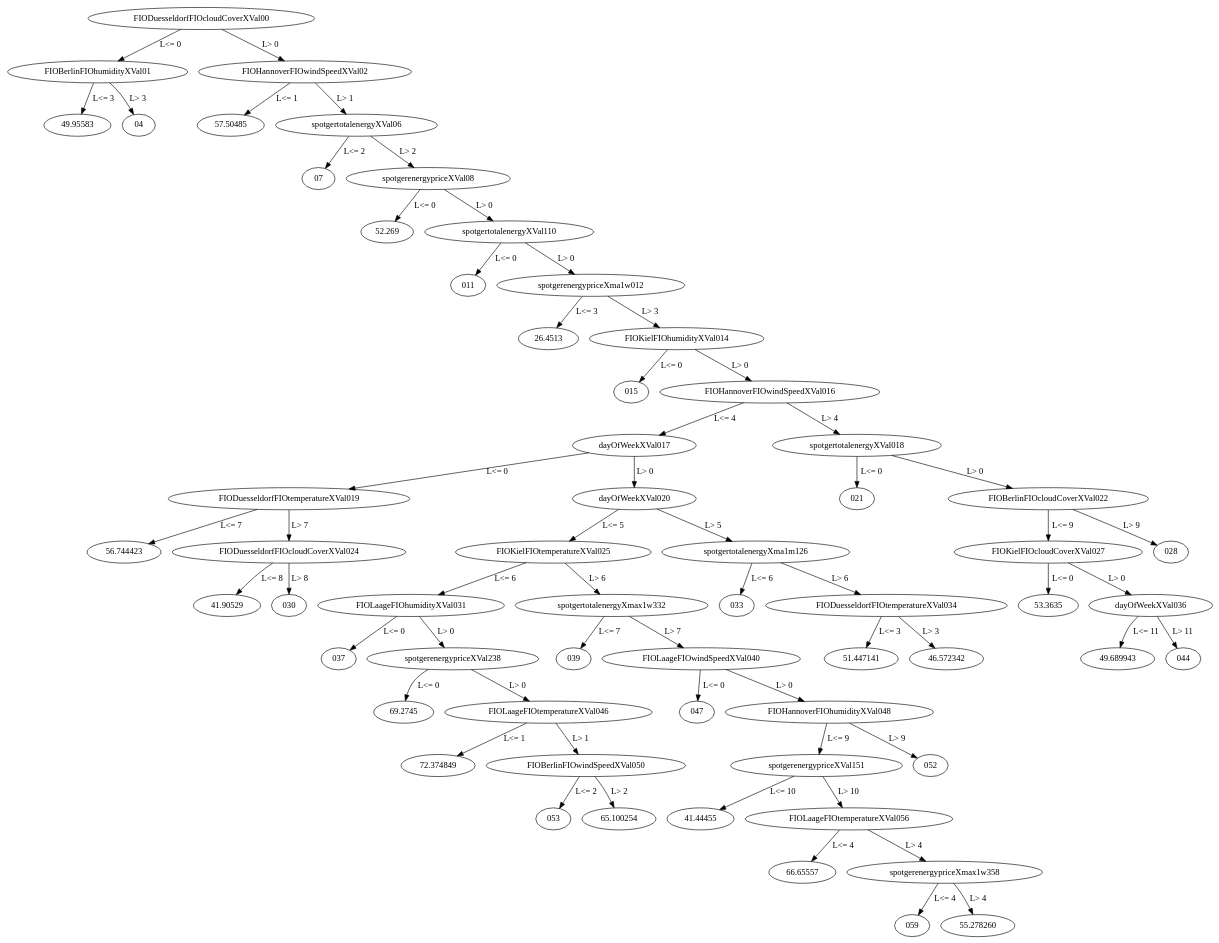
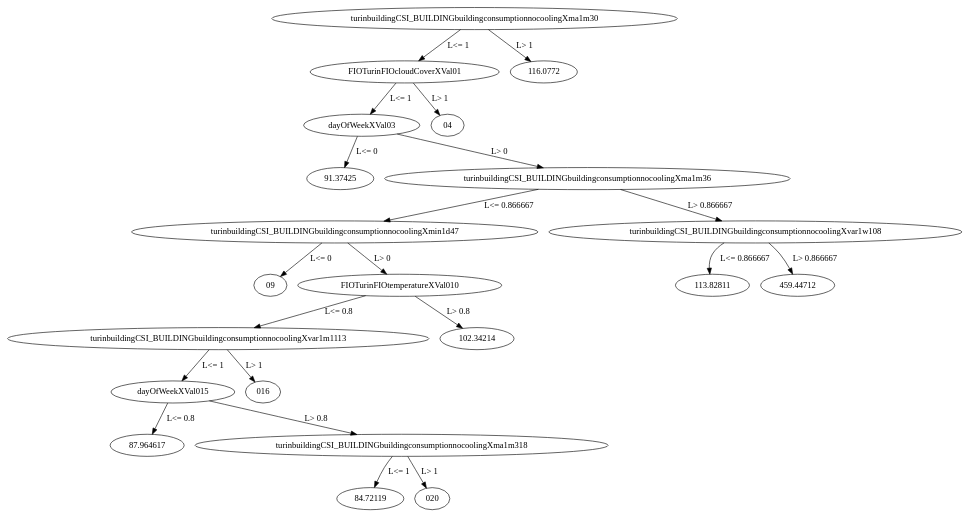
The diagram in sandbox/ht-21.gv (klemenkenda/nrg4mine), drawn with Graphviz before and after one commit. The commit also changed 33 other files, not shown here.

```diff
--- a/sandbox/ht-21.gv
+++ b/sandbox/ht-21.gv
@@ -1,62 +1,22 @@
 digraph dt_fig {
-	FIODuesseldorfFIOcloudCoverXVal00 -> FIOBerlinFIOhumidityXVal01 [label="L<= 0"];
-	FIODuesseldorfFIOcloudCoverXVal00 -> FIOHannoverFIOwindSpeedXVal02 [label="L> 0"];
-	FIOBerlinFIOhumidityXVal01 -> "49.95583" [label="L<= 3"];
-	FIOBerlinFIOhumidityXVal01 -> "04" [label="L> 3"];
-	FIOHannoverFIOwindSpeedXVal02 -> "57.50485" [label="L<= 1"];
-	FIOHannoverFIOwindSpeedXVal02 -> spotgertotalenergyXVal06 [label="L> 1"];
-	spotgertotalenergyXVal06 -> "07" [label="L<= 2"];
-	spotgertotalenergyXVal06 -> spotgerenergypriceXVal08 [label="L> 2"];
-	spotgerenergypriceXVal08 -> "52.269" [label="L<= 0"];
-	spotgerenergypriceXVal08 -> spotgertotalenergyXVal110 [label="L> 0"];
-	spotgertotalenergyXVal110 -> "011" [label="L<= 0"];
-	spotgertotalenergyXVal110 -> spotgerenergypriceXma1w012 [label="L> 0"];
-	spotgerenergypriceXma1w012 -> "26.4513" [label="L<= 3"];
-	spotgerenergypriceXma1w012 -> FIOKielFIOhumidityXVal014 [label="L> 3"];
-	FIOKielFIOhumidityXVal014 -> "015" [label="L<= 0"];
-	FIOKielFIOhumidityXVal014 -> FIOHannoverFIOwindSpeedXVal016 [label="L> 0"];
-	FIOHannoverFIOwindSpeedXVal016 -> dayOfWeekXVal017 [label="L<= 4"];
-	FIOHannoverFIOwindSpeedXVal016 -> spotgertotalenergyXVal018 [label="L> 4"];
-	dayOfWeekXVal017 -> FIODuesseldorfFIOtemperatureXVal019 [label="L<= 0"];
-	dayOfWeekXVal017 -> dayOfWeekXVal020 [label="L> 0"];
-	spotgertotalenergyXVal018 -> "021" [label="L<= 0"];
-	spotgertotalenergyXVal018 -> FIOBerlinFIOcloudCoverXVal022 [label="L> 0"];
-	FIODuesseldorfFIOtemperatureXVal019 -> "56.744423" [label="L<= 7"];
-	FIODuesseldorfFIOtemperatureXVal019 -> FIODuesseldorfFIOcloudCoverXVal024 [label="L> 7"];
-	dayOfWeekXVal020 -> FIOKielFIOtemperatureXVal025 [label="L<= 5"];
-	dayOfWeekXVal020 -> spotgertotalenergyXma1m126 [label="L> 5"];
-	FIOBerlinFIOcloudCoverXVal022 -> FIOKielFIOcloudCoverXVal027 [label="L<= 9"];
-	FIOBerlinFIOcloudCoverXVal022 -> "028" [label="L> 9"];
-	FIODuesseldorfFIOcloudCoverXVal024 -> "41.90529" [label="L<= 8"];
-	FIODuesseldorfFIOcloudCoverXVal024 -> "030" [label="L> 8"];
-	FIOKielFIOtemperatureXVal025 -> FIOLaageFIOhumidityXVal031 [label="L<= 6"];
-	FIOKielFIOtemperatureXVal025 -> spotgertotalenergyXmax1w332 [label="L> 6"];
-	spotgertotalenergyXma1m126 -> "033" [label="L<= 6"];
-	spotgertotalenergyXma1m126 -> FIODuesseldorfFIOtemperatureXVal034 [label="L> 6"];
-	FIOKielFIOcloudCoverXVal027 -> "53.3635" [label="L<= 0"];
-	FIOKielFIOcloudCoverXVal027 -> dayOfWeekXVal036 [label="L> 0"];
-	FIOLaageFIOhumidityXVal031 -> "037" [label="L<= 0"];
-	FIOLaageFIOhumidityXVal031 -> spotgerenergypriceXVal238 [label="L> 0"];
-	spotgertotalenergyXmax1w332 -> "039" [label="L<= 7"];
-	spotgertotalenergyXmax1w332 -> FIOLaageFIOwindSpeedXVal040 [label="L> 7"];
-	FIODuesseldorfFIOtemperatureXVal034 -> "51.447141" [label="L<= 3"];
-	FIODuesseldorfFIOtemperatureXVal034 -> "46.572342" [label="L> 3"];
-	dayOfWeekXVal036 -> "49.689943" [label="L<= 11"];
-	dayOfWeekXVal036 -> "044" [label="L> 11"];
-	spotgerenergypriceXVal238 -> "69.2745" [label="L<= 0"];
-	spotgerenergypriceXVal238 -> FIOLaageFIOtemperatureXVal046 [label="L> 0"];
-	FIOLaageFIOwindSpeedXVal040 -> "047" [label="L<= 0"];
-	FIOLaageFIOwindSpeedXVal040 -> FIOHannoverFIOhumidityXVal048 [label="L> 0"];
-	FIOLaageFIOtemperatureXVal046 -> "72.374849" [label="L<= 1"];
-	FIOLaageFIOtemperatureXVal046 -> FIOBerlinFIOwindSpeedXVal050 [label="L> 1"];
-	FIOHannoverFIOhumidityXVal048 -> spotgerenergypriceXVal151 [label="L<= 9"];
-	FIOHannoverFIOhumidityXVal048 -> "052" [label="L> 9"];
-	FIOBerlinFIOwindSpeedXVal050 -> "053" [label="L<= 2"];
-	FIOBerlinFIOwindSpeedXVal050 -> "65.100254" [label="L> 2"];
-	spotgerenergypriceXVal151 -> "41.44455" [label="L<= 10"];
-	spotgerenergypriceXVal151 -> FIOLaageFIOtemperatureXVal056 [label="L> 10"];
-	FIOLaageFIOtemperatureXVal056 -> "66.65557" [label="L<= 4"];
-	FIOLaageFIOtemperatureXVal056 -> spotgerenergypriceXmax1w358 [label="L> 4"];
-	spotgerenergypriceXmax1w358 -> "059" [label="L<= 4"];
-	spotgerenergypriceXmax1w358 -> "55.278260" [label="L> 4"];
+	turinbuildingCSI_BUILDINGbuildingconsumptionnocoolingXma1m30 -> FIOTurinFIOcloudCoverXVal01 [label="L<= 1"];
+	turinbuildingCSI_BUILDINGbuildingconsumptionnocoolingXma1m30 -> "116.0772" [label="L> 1"];
+	FIOTurinFIOcloudCoverXVal01 -> dayOfWeekXVal03 [label="L<= 1"];
+	FIOTurinFIOcloudCoverXVal01 -> "04" [label="L> 1"];
+	dayOfWeekXVal03 -> "91.37425" [label="L<= 0"];
+	dayOfWeekXVal03 -> turinbuildingCSI_BUILDINGbuildingconsumptionnocoolingXma1m36 [label="L> 0"];
+	turinbuildingCSI_BUILDINGbuildingconsumptionnocoolingXma1m36 -> turinbuildingCSI_BUILDINGbuildingconsumptionnocoolingXmin1d47 [label="L<= 0.866667"];
+	turinbuildingCSI_BUILDINGbuildingconsumptionnocoolingXma1m36 -> turinbuildingCSI_BUILDINGbuildingconsumptionnocoolingXvar1w108 [label="L> 0.866667"];
+	turinbuildingCSI_BUILDINGbuildingconsumptionnocoolingXmin1d47 -> "09" [label="L<= 0"];
+	turinbuildingCSI_BUILDINGbuildingconsumptionnocoolingXmin1d47 -> FIOTurinFIOtemperatureXVal010 [label="L> 0"];
+	turinbuildingCSI_BUILDINGbuildingconsumptionnocoolingXvar1w108 -> "113.82811" [label="L<= 0.866667"];
+	turinbuildingCSI_BUILDINGbuildingconsumptionnocoolingXvar1w108 -> "459.44712" [label="L> 0.866667"];
+	FIOTurinFIOtemperatureXVal010 -> turinbuildingCSI_BUILDINGbuildingconsumptionnocoolingXvar1m1113 [label="L<= 0.8"];
+	FIOTurinFIOtemperatureXVal010 -> "102.34214" [label="L> 0.8"];
+	turinbuildingCSI_BUILDINGbuildingconsumptionnocoolingXvar1m1113 -> dayOfWeekXVal015 [label="L<= 1"];
+	turinbuildingCSI_BUILDINGbuildingconsumptionnocoolingXvar1m1113 -> "016" [label="L> 1"];
+	dayOfWeekXVal015 -> "87.964617" [label="L<= 0.8"];
+	dayOfWeekXVal015 -> turinbuildingCSI_BUILDINGbuildingconsumptionnocoolingXma1m318 [label="L> 0.8"];
+	turinbuildingCSI_BUILDINGbuildingconsumptionnocoolingXma1m318 -> "84.72119" [label="L<= 1"];
+	turinbuildingCSI_BUILDINGbuildingconsumptionnocoolingXma1m318 -> "020" [label="L> 1"];
 }
```
